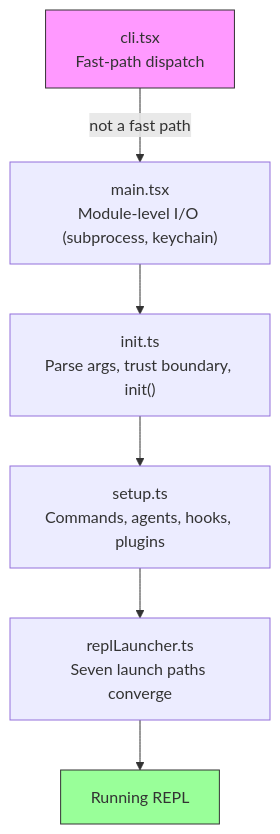
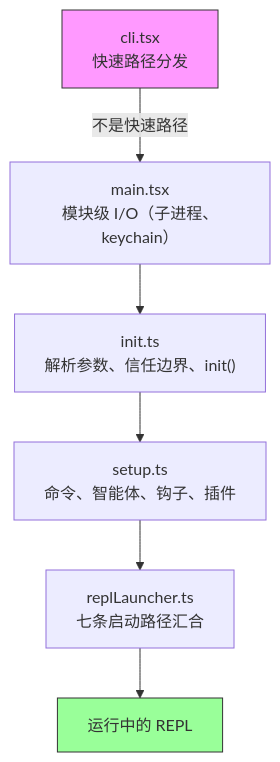
The first of 4 diagrams in book-zh/ch02-bootstrap.md (quanuanc/claude-code-from-source), drawn with Mermaid before and after one commit. The commit also changed other lines of this file and 2 other files, not shown here.

````diff
--- a/book-zh/ch02-bootstrap.md
+++ b/book-zh/ch02-bootstrap.md
@@ -24,11 +17,11 @@
 ```mermaid
 flowchart TD
-    CLI["cli.tsx<br/>Fast-path dispatch"] -->|not a fast path| Main["main.tsx<br/>Module-level I/O (subprocess, keychain)"]
-    Main --> Init["init.ts<br/>Parse args, trust boundary, init()"]
-    Init --> Setup["setup.ts<br/>Commands, agents, hooks, plugins"]
-    Setup --> Launch["replLauncher.ts<br/>Seven launch paths converge"]
-    Launch --> REPL["Running REPL"]
+    CLI["cli.tsx<br/>快速路径分发"] -->|不是快速路径| Main["main.tsx<br/>模块级 I/O（子进程、keychain）"]
+    Main --> Init["init.ts<br/>解析参数、信任边界、init()"]
+    Init --> Setup["setup.ts<br/>命令、智能体、钩子、插件"]
+    Setup --> Launch["replLauncher.ts<br/>七条启动路径汇合"]
+    Launch --> REPL["运行中的 REPL"]
 
     style CLI fill:#f9f,stroke:#333
     style REPL fill:#9f9,stroke:#333
 ```
````
